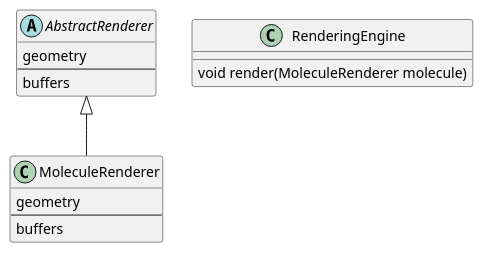
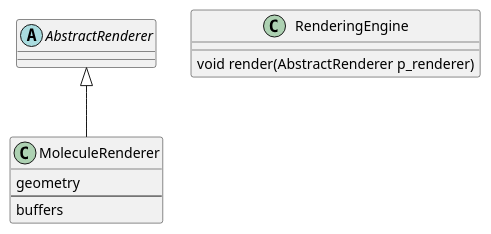
Before and after one commit to VTX-Molecular-Visualization/VTX: the third of 5 diagrams in NOTES.md, drawn with PlantUML. The commit also changed other lines of this file, not shown here.

````diff
--- a/NOTES.md
+++ b/NOTES.md
@@ -415,24 +454,21 @@
 ```plantuml
 @startuml
 
 abstract class AbstractRenderer
 {
-	geometry
-	--
-	buffers
 }
 class MoleculeRenderer
 {
 	geometry
 	--
 	buffers
 }
 
 class RenderingEngine{
-	void render(MoleculeRenderer molecule)
+	void render(AbstractRenderer p_renderer)
 }
 
 AbstractRenderer <|-- MoleculeRenderer
 
 @enduml
 ```
````
